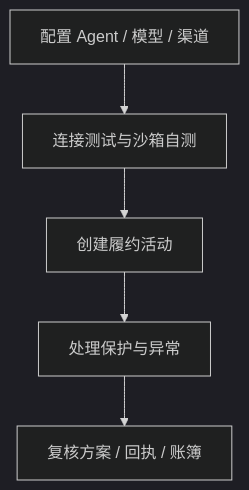
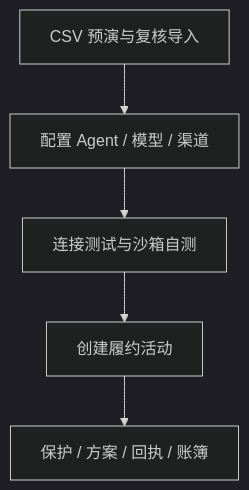
Before and after one commit to IntelliPathway/luheng-fulfillops-cloud: the second of 3 diagrams in README.md, drawn with Mermaid (dark theme). The commit also changed other lines of this file and 37 other files, not shown here.

````diff
--- a/README.md
+++ b/README.md
@@ -93,7 +94,7 @@
 ```mermaid
 flowchart TD
-    A["配置 Agent / 模型 / 渠道"] --> B["连接测试与沙箱自测"]
-    B --> C["创建履约活动"]
-    C --> D["处理保护与异常"]
-    D --> E["复核方案 / 回执 / 账簿"]
+    A["CSV 预演与复核导入"] --> B["配置 Agent / 模型 / 渠道"]
+    B --> C["连接测试与沙箱自测"]
+    C --> D["创建履约活动"]
+    D --> E["保护 / 方案 / 回执 / 账簿"]
 ```
````
